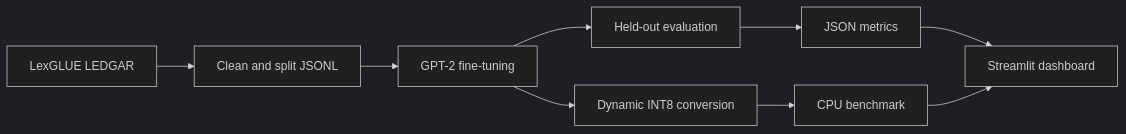
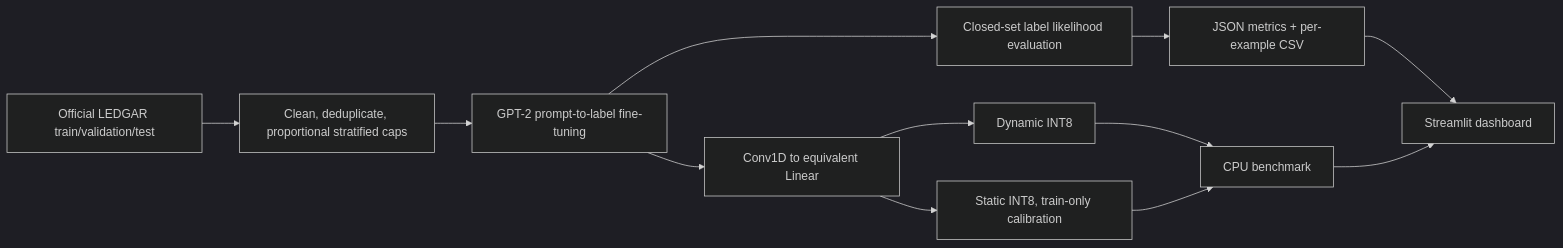
Before and after one commit to ankithbelur/quantized-legal-tagger-monitor: the diagram in README.md, drawn with Mermaid (dark theme). The commit also changed other lines of this file and 4 other files, not shown here.

````diff
--- a/README.md
+++ b/README.md
@@ -7,11 +7,14 @@
 ```mermaid
 flowchart LR
-    A[LexGLUE LEDGAR] --> B[Clean and split JSONL]
-    B --> C[GPT-2 fine-tuning]
-    C --> D[Held-out evaluation]
-    C --> E[Dynamic INT8 conversion]
-    D --> F[JSON metrics]
-    E --> G[CPU benchmark]
-    F --> H[Streamlit dashboard]
-    G --> H
+    A[Official LEDGAR train/validation/test] --> B[Clean, deduplicate, proportional stratified caps]
+    B --> C[GPT-2 prompt-to-label fine-tuning]
+    C --> D[Closed-set label likelihood evaluation]
+    C --> E[Conv1D to equivalent Linear]
+    E --> F[Dynamic INT8]
+    E --> G[Static INT8, train-only calibration]
+    D --> H[JSON metrics + per-example CSV]
+    F --> I[CPU benchmark]
+    G --> I
+    H --> J[Streamlit dashboard]
+    I --> J
 ```
````
